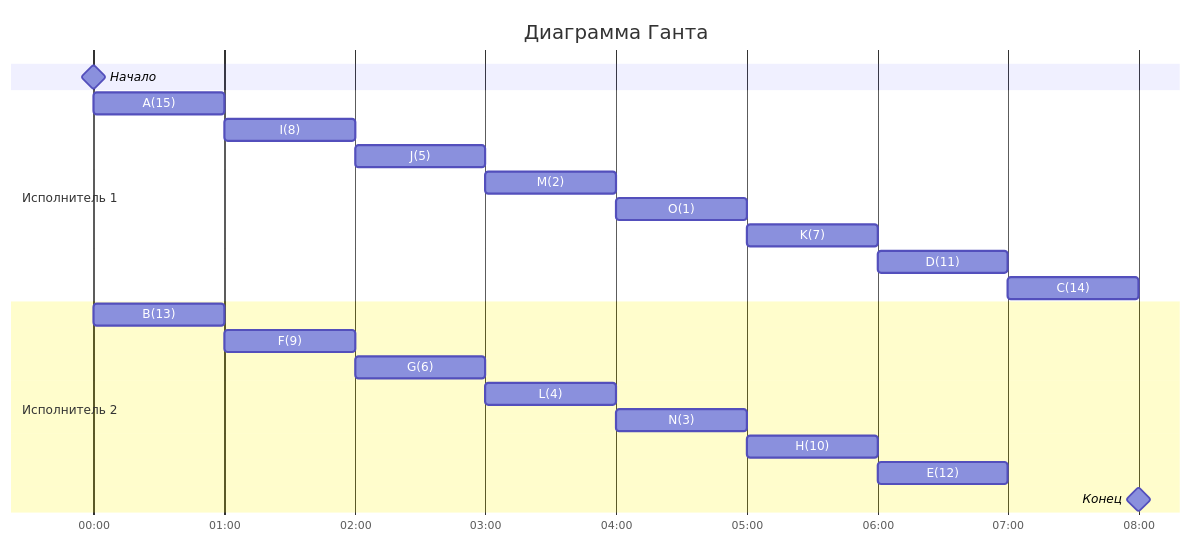
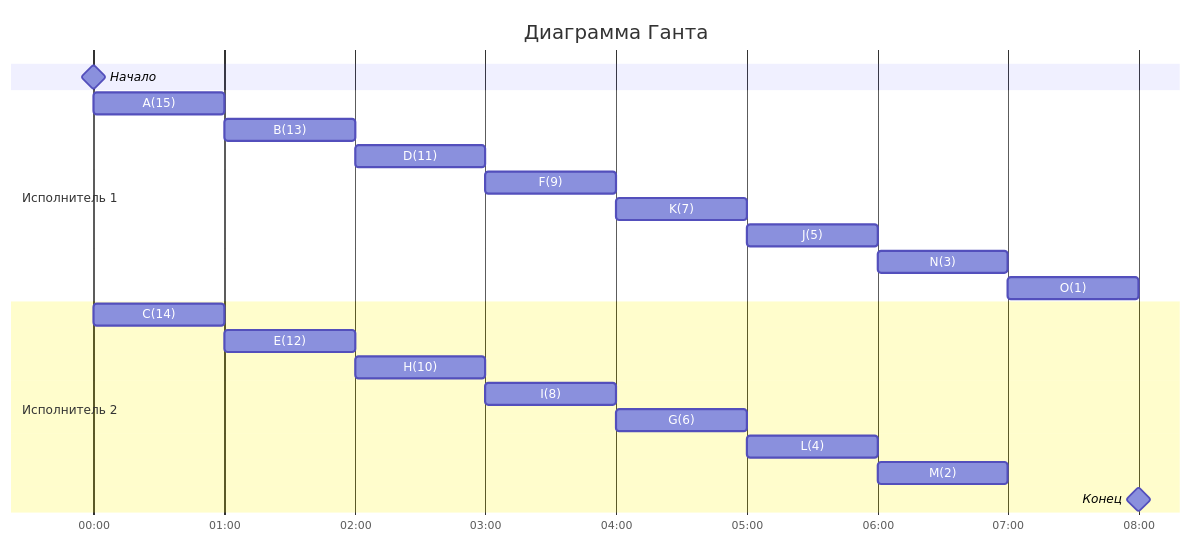
One commit to hse-algo-psapr-25/manual-tasks changed the fourth of 4 diagrams in Задание 10/NoName.md. Above: the diagram before and after it, drawn with Mermaid. The commit also changed other lines of this file, not shown here.

Commit message:
FIxed mistakes
Updated task scheduling and Gantt chart details.

````diff
--- a/Задание 10/NoName.md
+++ b/Задание 10/NoName.md
@@ -138,29 +141,29 @@
 ```mermaid
 gantt
   title Диаграмма Ганта
   dateFormat HH:mm
   axisFormat %H:%M
 
   Начало : milestone, m1, 00:00, 0h
 
   section Исполнитель 1
   A(15) :a, 00:00, 1h
-  I(8)  :i, 01:00, 1h
-  J(5)  :j, 02:00, 1h
-  M(2)  :m, 03:00, 1h
-  O(1)  :o, 04:00, 1h
-  K(7)  :k, 05:00, 1h
-  D(11) :d, 06:00, 1h
-  C(14) :c, 07:00, 1h
+  B(13)  :b, 01:00, 1h
+  D(11)  :d, 02:00, 1h
+  F(9)  :f, 03:00, 1h
+  K(7)  :k, 04:00, 1h
+  J(5)  :j, 05:00, 1h
+  N(3) :n, 06:00, 1h
+  O(1) :o, 07:00, 1h
 
   section Исполнитель 2
-  B(13) :b, 00:00, 1h
-  F(9)  :f, 01:00, 1h
-  G(6)  :g, 02:00, 1h
-  L(4)  :l, 03:00, 1h
-  N(3)  :n, 04:00, 1h
-  H(10) :h, 05:00, 1h
-  E(12) :e, 06:00, 1h
+  C(14) :c, 00:00, 1h
+  E(12)  :e, 01:00, 1h
+  H(10)  :h, 02:00, 1h
+  I(8)  :i, 03:00, 1h
+  G(6)  :g, 04:00, 1h
+  L(4) :l, 05:00, 1h
+  M(2) :m, 06:00, 1h
 
   Конец : milestone, m2, 08:00, 0h
 ```
````
